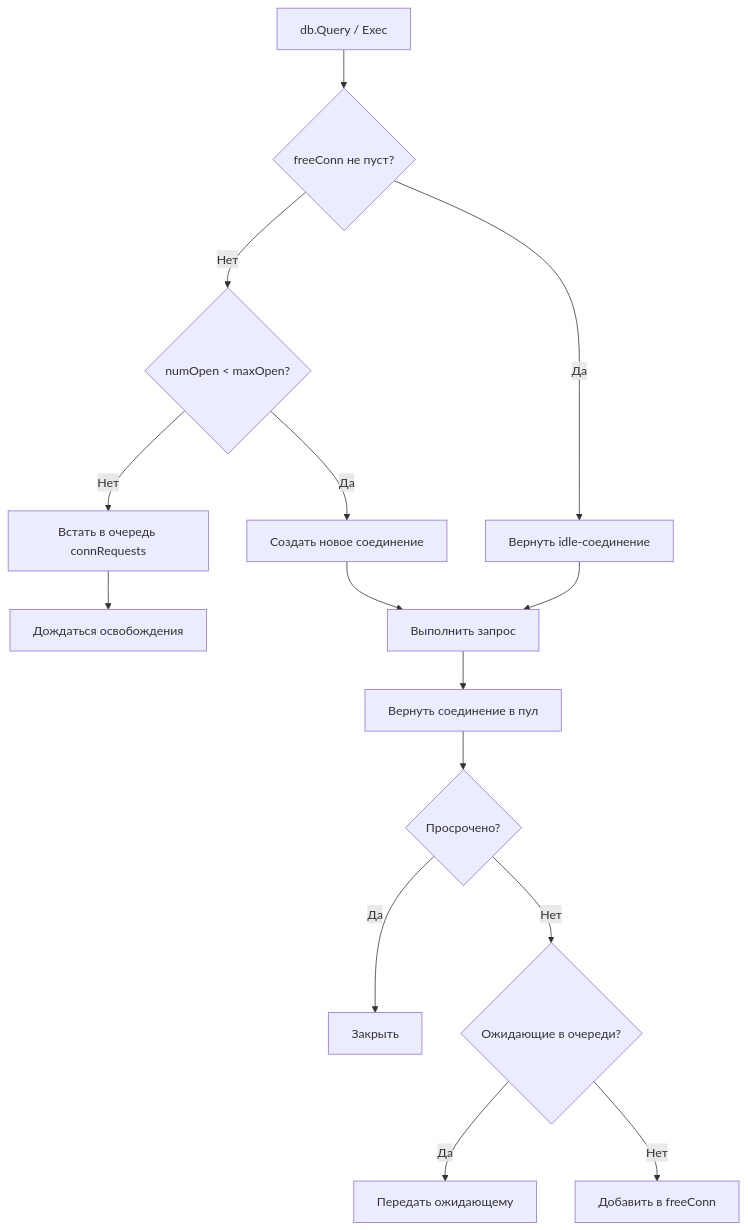
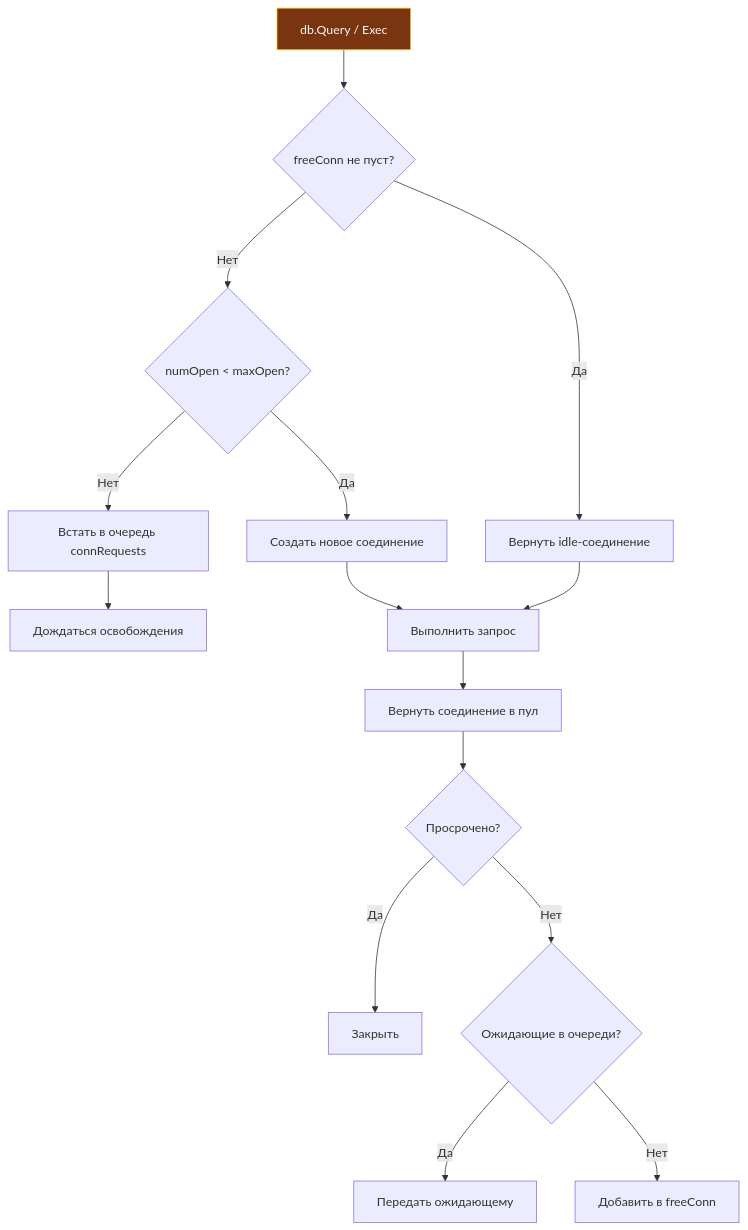
Before and after one commit to UnrealTemplier/go-textbook: the second of 2 diagrams in sources/16. Профилирование, отладка и производительность/07. IO и системный уровень/8. Connection pooling.md, drawn with Mermaid. The commit also changed other lines of this file and 1666 other files, not shown here.

First line of the commit message:
feat(mermaid): add semantic color classDef to 1369 colorless flowchart/graph diagrams

````diff
--- a/sources/16. Профилирование, отладка и производительность/07. IO и системный уровень/8. Connection pooling.md
+++ b/sources/16. Профилирование, отладка и производительность/07. IO и системный уровень/8. Connection pooling.md
@@ -135,17 +145,27 @@
 ```mermaid
 flowchart TD
-    Get["db.Query / Exec"] --> CheckFree{"freeConn не пуст?"}
+    classDef process  fill:#1e293b,stroke:#38bdf8,stroke-width:1px,color:#f8fafc
+    classDef success  fill:#064e3b,stroke:#34d399,stroke-width:1px,color:#f8fafc
+    classDef error    fill:#7f1d1d,stroke:#f87171,stroke-width:1px,color:#f8fafc
+    classDef warning  fill:#78350f,stroke:#fbbf24,stroke-width:1px,color:#f8fafc
+    classDef entry    fill:#1e3a5f,stroke:#38bdf8,stroke-width:2px,color:#f8fafc
+    classDef aux      fill:#334155,stroke:#64748b,stroke-width:1px,color:#f8fafc
+    classDef system   fill:#312e81,stroke:#a78bfa,stroke-width:1px,color:#f8fafc
+    classDef data     fill:#132d29,stroke:#2dd4bf,stroke-width:1px,color:#f8fafc
+    classDef network  fill:#881337,stroke:#fb7185,stroke-width:1px,color:#f8fafc
+    classDef accent   fill:#1e1b4b,stroke:#818cf8,stroke-width:1px,color:#f8fafc
+    Get["db.Query / Exec"]:::warning --> CheckFree{"freeConn не пуст?"}
     CheckFree -- "Да" --> ReturnFree["Вернуть idle-соединение"]
     CheckFree -- "Нет" --> CheckLimit{"numOpen < maxOpen?"}
     CheckLimit -- "Да" --> CreateNew["Создать новое соединение"]
     CheckLimit -- "Нет" --> Queue["Встать в очередь connRequests"]
     Queue --> WaitFree["Дождаться освобождения"]
     CreateNew --> Use["Выполнить запрос"]
     ReturnFree --> Use
     Use --> Put["Вернуть соединение в пул"]
     Put --> CheckLifetime{"Просрочено?"}
     CheckLifetime -- "Да" --> Close["Закрыть"]
     CheckLifetime -- "Нет" --> CheckQueue{"Ожидающие в очереди?"}
     CheckQueue -- "Да" --> GiveToQueue["Передать ожидающему"]
     CheckQueue -- "Нет" --> AddToFree["Добавить в freeConn"]
 ```
````
